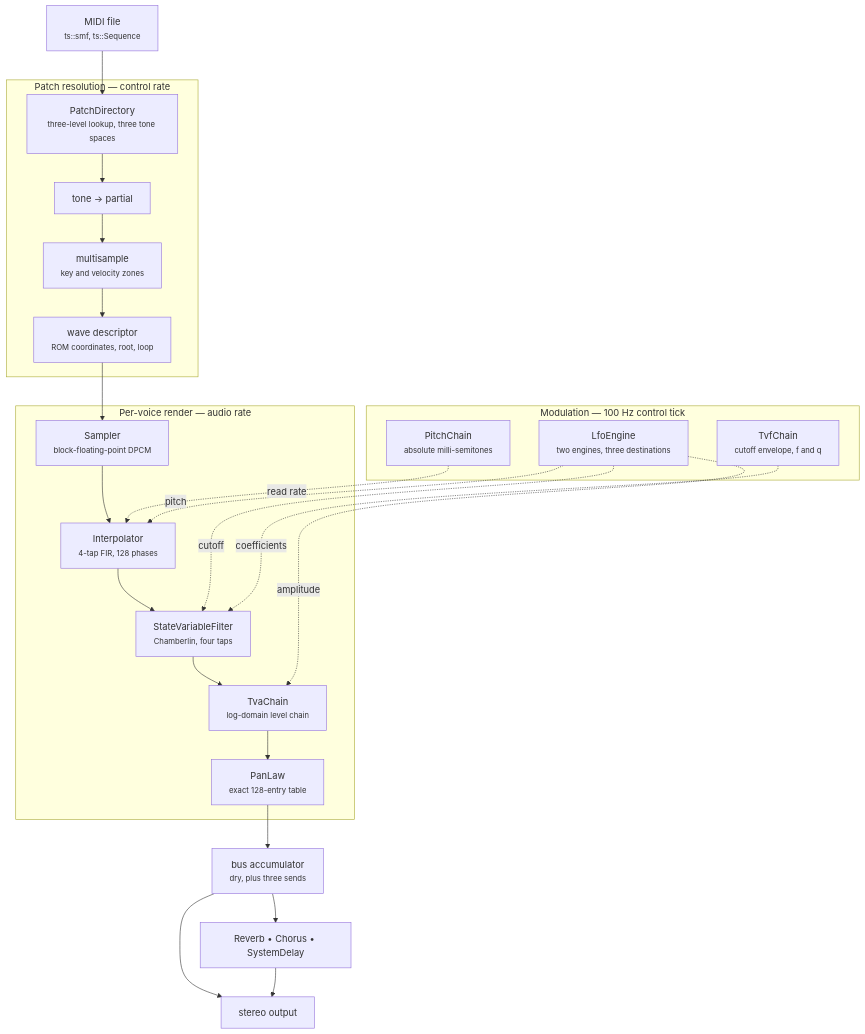
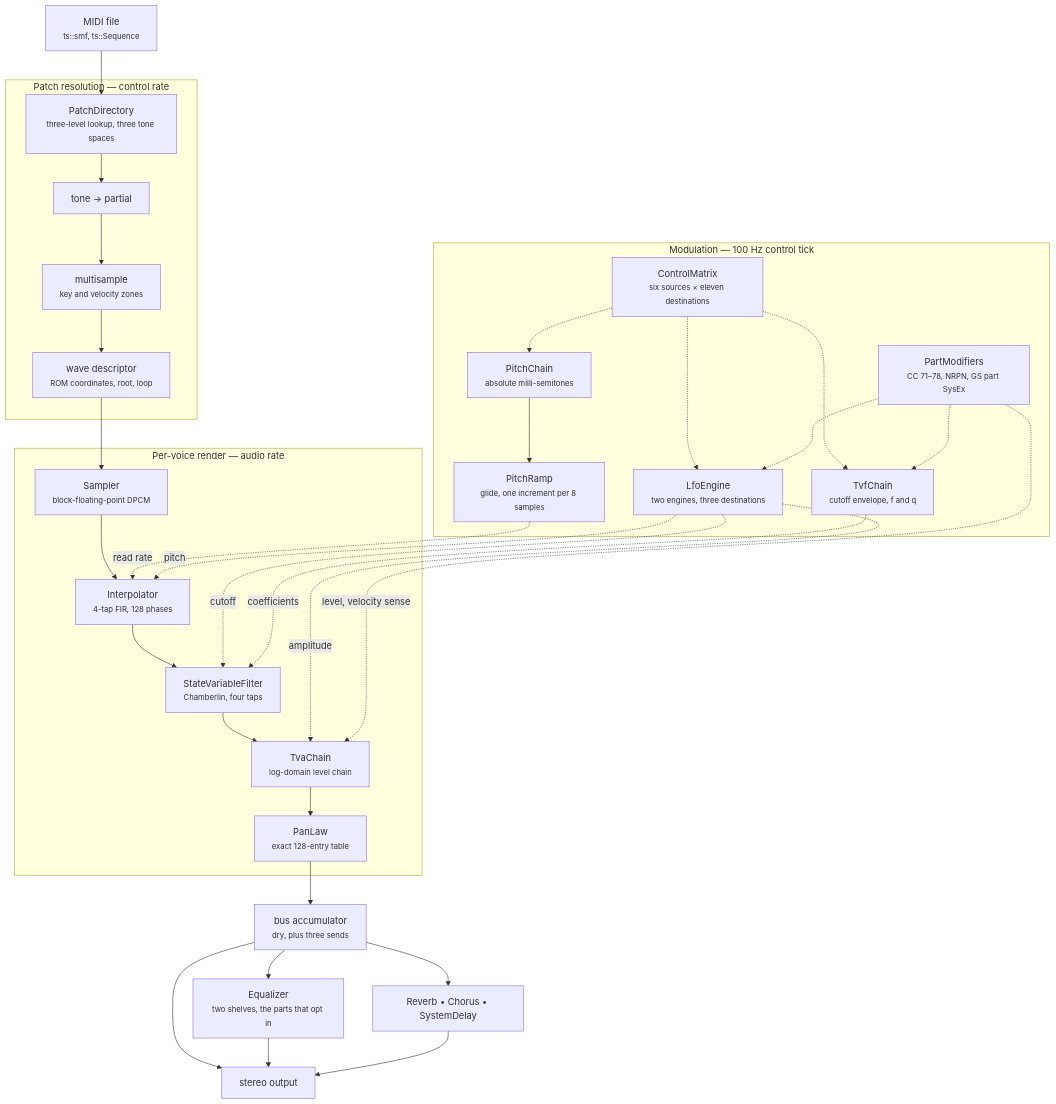
Before and after one commit to TabulaSonora/NativeTS: the second of 3 diagrams in docs/articles/architecture.md, drawn with Mermaid. The commit also changed other lines of this file and 7 other files, not shown here.

````diff
--- a/docs/articles/architecture.md
+++ b/docs/articles/architecture.md
@@ -52,39 +52,48 @@
 ```mermaid
 flowchart TD
     MIDI["MIDI file<br/><small>ts::smf, ts::Sequence</small>"] --> DIR
 
     subgraph resolve["Patch resolution &mdash; control rate"]
         DIR["PatchDirectory<br/><small>three-level lookup, three tone spaces</small>"]
         TONE["tone &rarr; partial"]
         MS["multisample<br/><small>key and velocity zones</small>"]
         WD["wave descriptor<br/><small>ROM coordinates, root, loop</small>"]
         DIR --> TONE --> MS --> WD
     end
 
     subgraph voice["Per-voice render &mdash; audio rate"]
         CODEC["Sampler<br/><small>block-floating-point DPCM</small>"]
         INTERP["Interpolator<br/><small>4-tap FIR, 128 phases</small>"]
         SVF["StateVariableFilter<br/><small>Chamberlin, four taps</small>"]
         TVA["TvaChain<br/><small>log-domain level chain</small>"]
         PAN["PanLaw<br/><small>exact 128-entry table</small>"]
         CODEC --> INTERP --> SVF --> TVA --> PAN
     end
 
     subgraph control["Modulation &mdash; 100 Hz control tick"]
+        MTX["ControlMatrix<br/><small>six sources &times; eleven destinations</small>"]
+        MOD["PartModifiers<br/><small>CC 71&ndash;78, NRPN, GS part SysEx</small>"]
         PITCH["PitchChain<br/><small>absolute milli-semitones</small>"]
+        RAMP["PitchRamp<br/><small>glide, one increment per 8 samples</small>"]
         LFO["LfoEngine<br/><small>two engines, three destinations</small>"]
         TVF["TvfChain<br/><small>cutoff envelope, f and q</small>"]
+        MTX -.-> PITCH & LFO & TVF
+        MOD -.-> LFO & TVF
+        PITCH --> RAMP
     end
 
     WD --> CODEC
-    PITCH -.->|read rate| INTERP
+    RAMP -.->|read rate| INTERP
     LFO -.->|pitch| INTERP
     LFO -.->|cutoff| SVF
     LFO -.->|amplitude| TVA
     TVF -.->|coefficients| SVF
+    MOD -.->|level, velocity sense| TVA
 
     PAN --> BUS["bus accumulator<br/><small>dry, plus three sends</small>"]
+    BUS --> EQ["Equalizer<br/><small>two shelves, the parts that opt in</small>"]
     BUS --> FX["Reverb &bull; Chorus &bull; SystemDelay"]
     BUS --> OUT["stereo output"]
+    EQ --> OUT
     FX --> OUT
 ```
````
